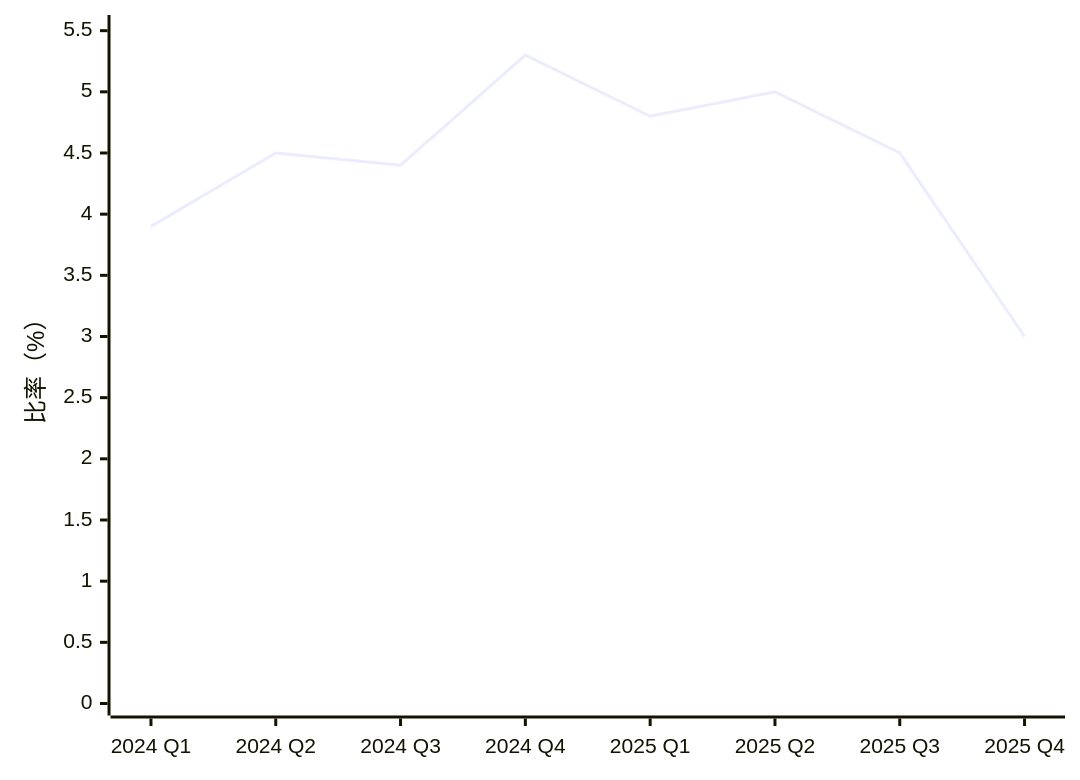
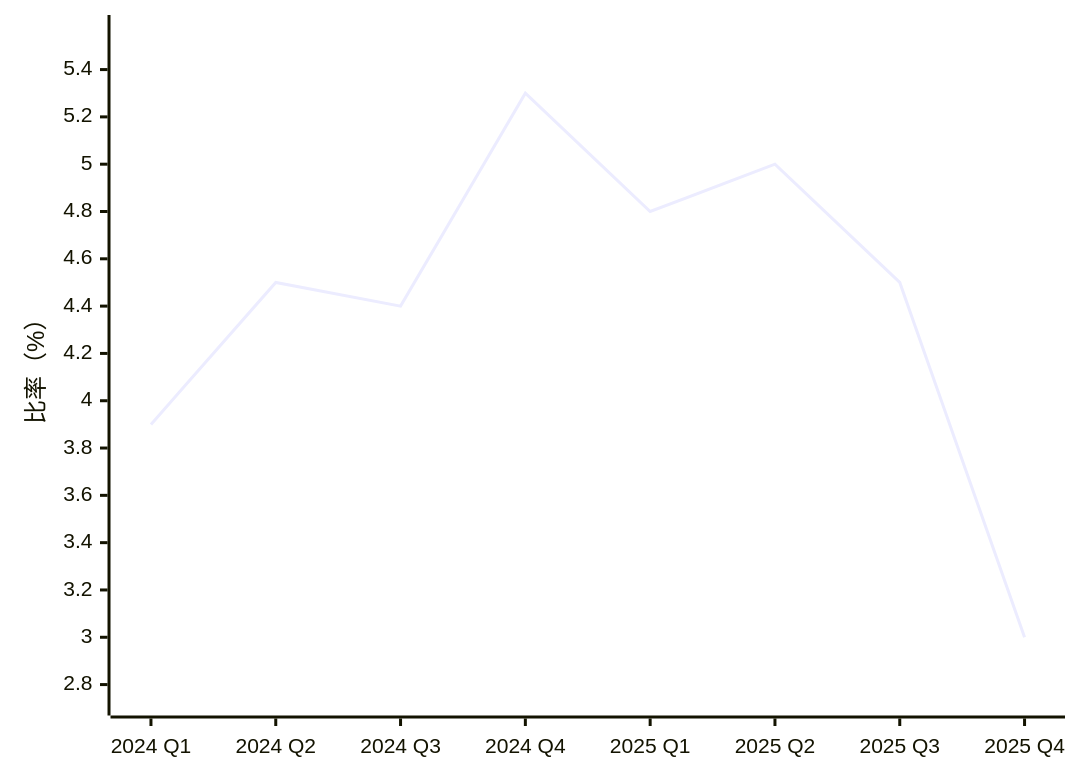
Before and after one commit to jyuny1/blog: the fifth of 19 diagrams in content/台灣零售與電商競爭分析.md, drawn with Mermaid. The commit also changed other lines of this file, not shown here.

````diff
--- a/content/台灣零售與電商競爭分析.md
+++ b/content/台灣零售與電商競爭分析.md
@@ -69,6 +69,6 @@
 ```mermaid
 xychart-beta
     x-axis ["2024 Q1", "2024 Q2", "2024 Q3", "2024 Q4", "2025 Q1", "2025 Q2", "2025 Q3", "2025 Q4"]
-    y-axis "比率（%）" 0 --> 5.53
+    y-axis "比率（%）" 2.72 --> 5.58
     line [3.9, 4.5, 4.4, 5.3, 4.8, 5, 4.5, 3]
 ```
````
